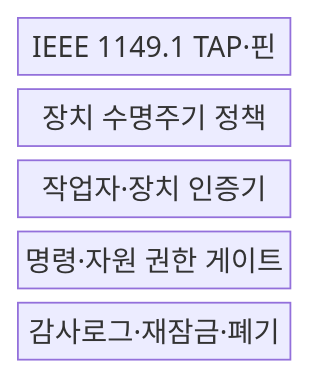
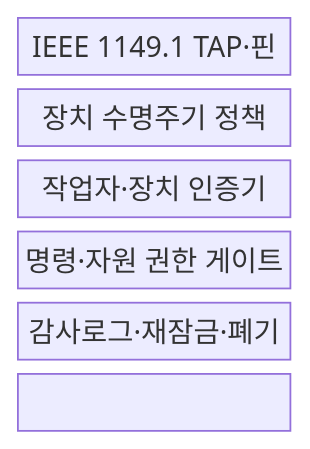
One commit to agnusdei1207/knowledge-base changed the first of 2 diagrams in src/content/docs/notes/05-security/131_jtag_security.md. Above: the diagram before and after it, drawn with Mermaid. The commit also changed other lines of this file and 151 other files, not shown here.

````diff
--- a/src/content/docs/notes/05-security/131_jtag_security.md
+++ b/src/content/docs/notes/05-security/131_jtag_security.md
@@ -55,9 +55,11 @@
 ```mermaid
 block-beta
   columns 1
   T["IEEE 1149.1 TAP·핀"]
   L["장치 수명주기 정책"]
   A["작업자·장치 인증기"]
   G["명령·자원 권한 게이트"]
   R["감사로그·재잠금·폐기"]
+  T --- L --- A
+  A --- G --- R
 ```
````
